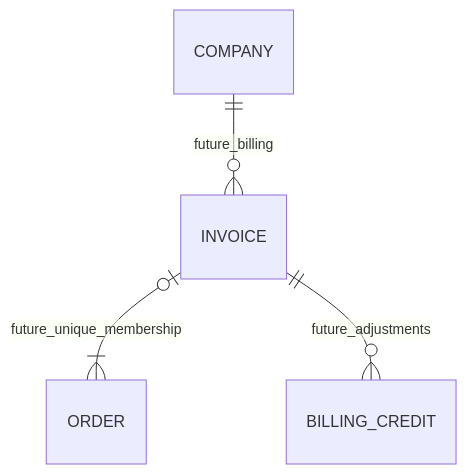
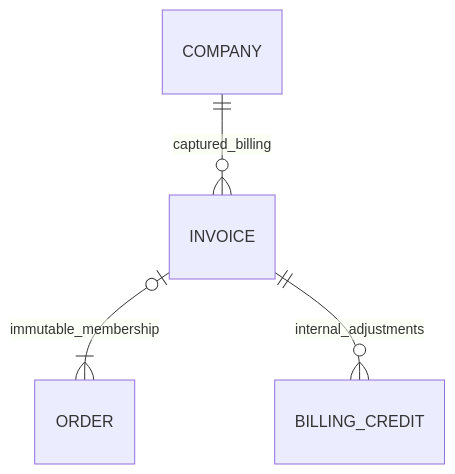
Before and after one commit to dishitabuilds/fernleaf-kitchen: the third of 9 diagrams in docs/diagrams.md, drawn with Mermaid. The commit also changed other lines of this file and 46 other files, not shown here.

````diff
--- a/docs/diagrams.md
+++ b/docs/diagrams.md
@@ -67,6 +67,6 @@
 ```mermaid
 erDiagram
-    COMPANY ||--o{ INVOICE : future_billing
-    INVOICE o|--|{ ORDER : future_unique_membership
-    INVOICE ||--o{ BILLING_CREDIT : future_adjustments
+    COMPANY ||--o{ INVOICE : captured_billing
+    INVOICE o|--|{ ORDER : immutable_membership
+    INVOICE ||--o{ BILLING_CREDIT : internal_adjustments
 ```
````
